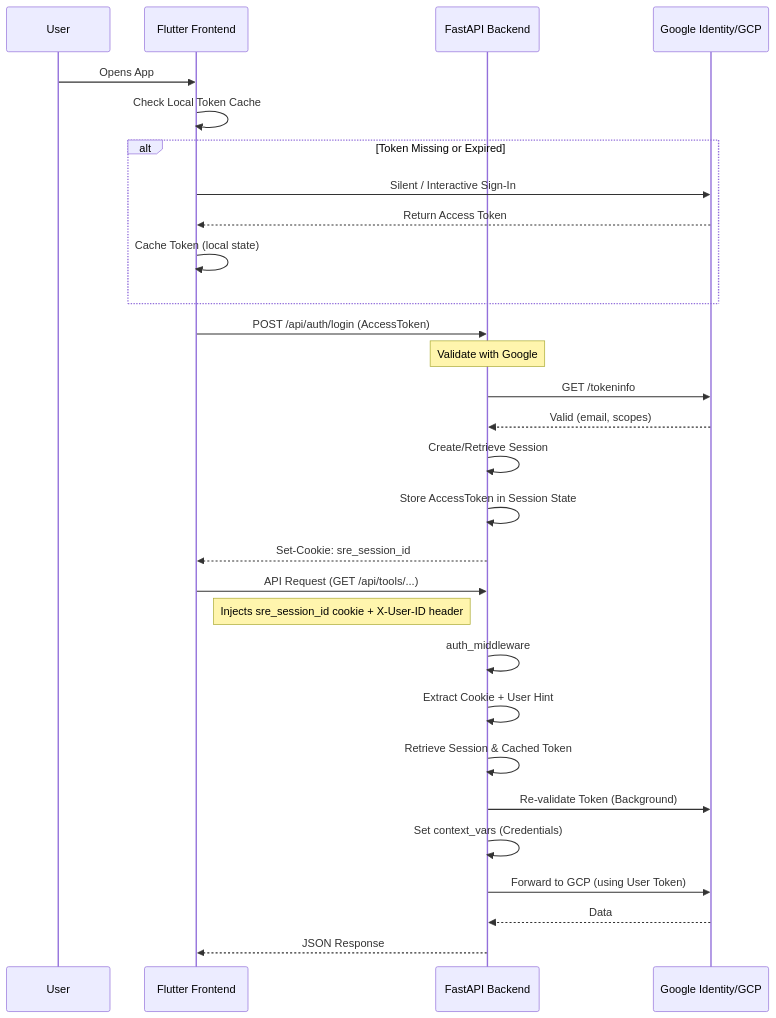
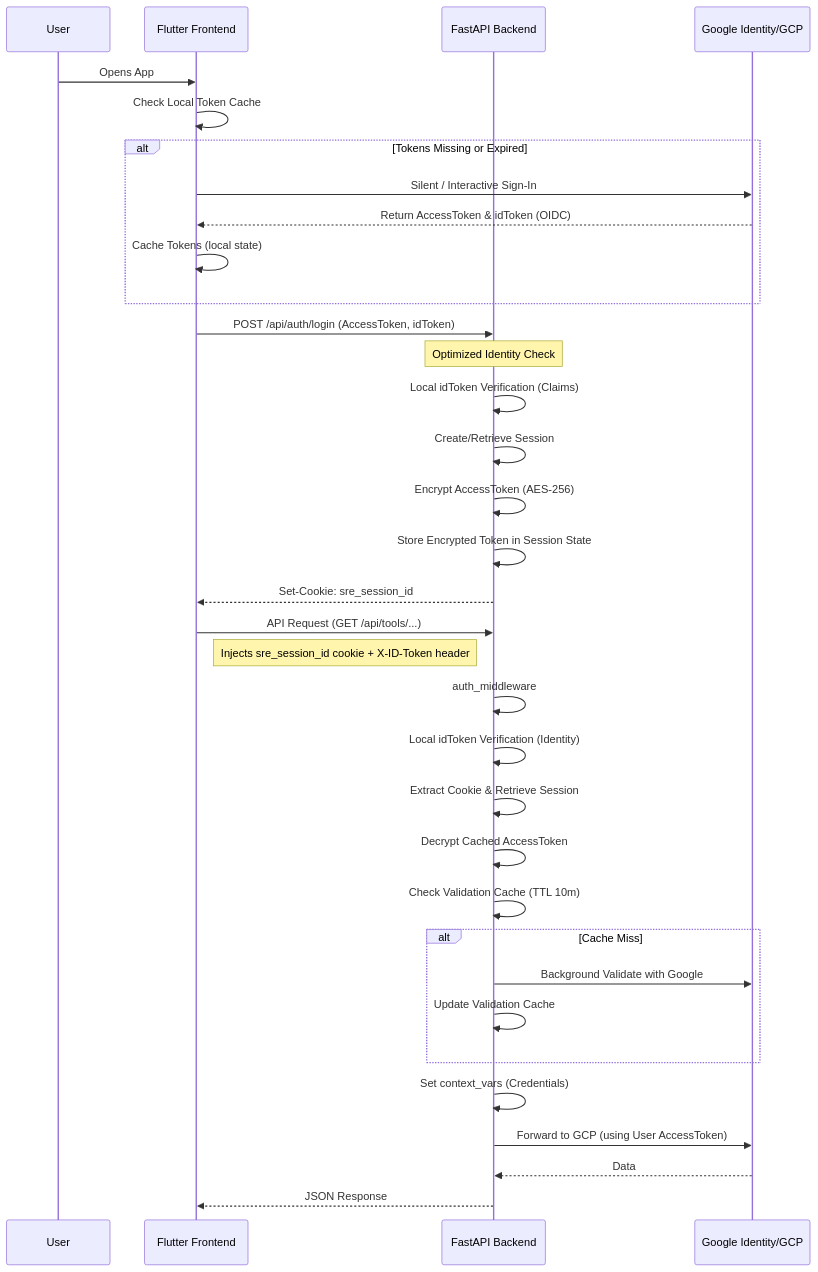
Before and after one commit to srtux/sre-agent: the diagram in docs/AUTHENTICATION.md, drawn with Mermaid. The commit also changed other lines of this file and 17 other files, not shown here.

Commit message:
feat(auth): implement ContextAwareCredentials bridge to solve persistent RefreshError and overhaul identity propagation

````diff
--- a/docs/AUTHENTICATION.md
+++ b/docs/AUTHENTICATION.md
@@ -18,34 +18,39 @@
 ```mermaid
 sequenceDiagram
     participant U as User
     participant F as Flutter Frontend
     participant B as FastAPI Backend
     participant G as Google Identity/GCP
 
     U->>F: Opens App
     F->>F: Check Local Token Cache
-    alt Token Missing or Expired
+    alt Tokens Missing or Expired
         F->>G: Silent / Interactive Sign-In
-        G-->>F: Return Access Token
-        F->>F: Cache Token (local state)
+        G-->>F: Return AccessToken & idToken (OIDC)
+        F->>F: Cache Tokens (local state)
     end
 
-    F->>B: POST /api/auth/login (AccessToken)
-    Note over B: Validate with Google
-    B->>G: GET /tokeninfo
-    G-->>B: Valid (email, scopes)
+    F->>B: POST /api/auth/login (AccessToken, idToken)
+    Note over B: Optimized Identity Check
+    B->>B: Local idToken Verification (Claims)
     B->>B: Create/Retrieve Session
-    B->>B: Store AccessToken in Session State
+    B->>B: Encrypt AccessToken (AES-256)
+    B->>B: Store Encrypted Token in Session State
     B-->>F: Set-Cookie: sre_session_id
 
     F->>B: API Request (GET /api/tools/...)
-    Note right of F: Injects sre_session_id cookie + X-User-ID header
+    Note right of F: Injects sre_session_id cookie + X-ID-Token header
     B->>B: auth_middleware
-    B->>B: Extract Cookie + User Hint
-    B->>B: Retrieve Session & Cached Token
-    B->>G: Re-validate Token (Background)
+    B->>B: Local idToken Verification (Identity)
+    B->>B: Extract Cookie & Retrieve Session
+    B->>B: Decrypt Cached AccessToken
+    B->>B: Check Validation Cache (TTL 10m)
+    alt Cache Miss
+        B->>G: Background Validate with Google
+        B->>B: Update Validation Cache
+    end
     B->>B: Set context_vars (Credentials)
-    B->>G: Forward to GCP (using User Token)
+    B->>G: Forward to GCP (using User AccessToken)
     G-->>B: Data
     B-->>F: JSON Response
 ```
````
